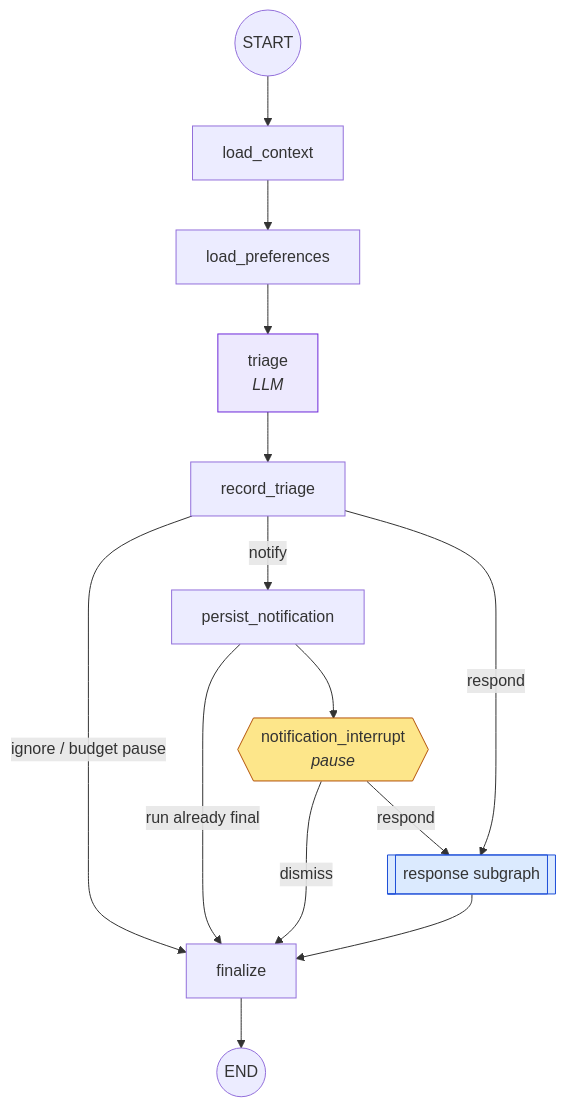
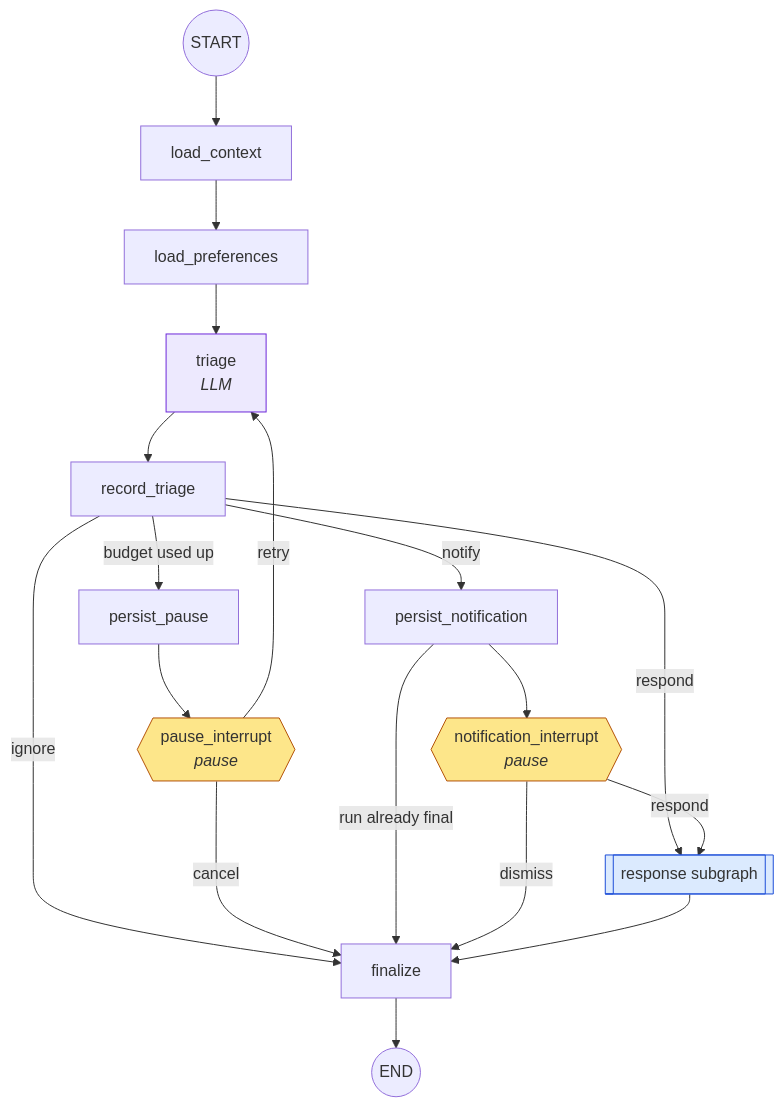
The second of 7 diagrams in docs/learn-langgraph.md (nikakakash/Personal-Email-Assistant), drawn with Mermaid before and after one commit. The commit also changed other lines of this file and 26 other files, not shown here.

First line of the commit message:
feat: paused runs wait at a pause interrupt and can be retried

````diff
--- a/docs/learn-langgraph.md
+++ b/docs/learn-langgraph.md
@@ -80,20 +80,25 @@
 ```mermaid
 flowchart TD
     S((START)) --> LC[load_context]
     LC --> LP[load_preferences]
     LP --> T[triage<br/><i>LLM</i>]
     T --> RT[record_triage]
-    RT -->|ignore / budget pause| F[finalize]
+    RT -->|ignore| F[finalize]
+    RT -->|budget used up| PSP[persist_pause]
+    PSP --> PZ{{pause_interrupt<br/><i>pause</i>}}
+    PZ -->|retry| T
+    PZ -->|cancel| F
     RT -->|notify| PN[persist_notification]
     RT -->|respond| R[[response subgraph]]
     PN -->|run already final| F
     PN --> NI{{notification_interrupt<br/><i>pause</i>}}
     NI -->|dismiss| F
     NI -->|respond| R
     R --> F
     F --> E((END))
 
     style NI fill:#fde68a,stroke:#b45309
+    style PZ fill:#fde68a,stroke:#b45309
     style R fill:#dbeafe,stroke:#1d4ed8
     style T fill:#ede9fe,stroke:#6d28d9
 ```
````
